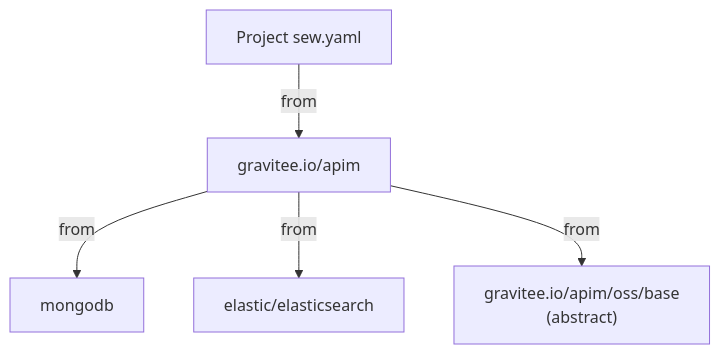
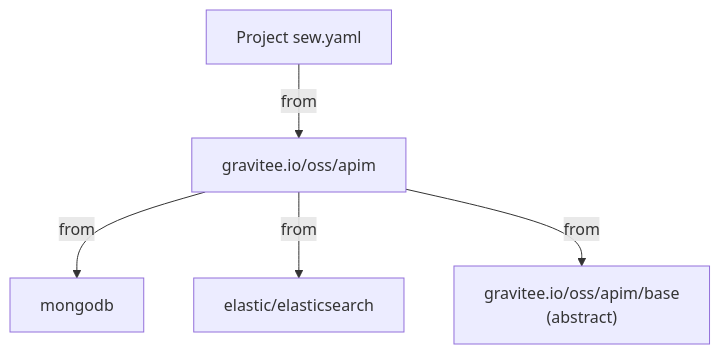
The third of 3 diagrams in site/content/docs/reference/architecture.md (a-cordier/sew), drawn with Mermaid before and after one commit. The commit also changed other lines of this file and 45 other files, not shown here.

````diff
--- a/site/content/docs/reference/architecture.md
+++ b/site/content/docs/reference/architecture.md
@@ -71,7 +71,7 @@
 ```mermaid
 flowchart TD
-    A["Project sew.yaml"] -- from --> B["gravitee.io/apim"]
+    A["Project sew.yaml"] -- from --> B["gravitee.io/oss/apim"]
     B -- from --> C["mongodb"]
     B -- from --> D["elastic/elasticsearch"]
-    B -- from --> E["gravitee.io/apim/oss/base\n(abstract)"]
+    B -- from --> E["gravitee.io/oss/apim/base\n(abstract)"]
 ```
````
